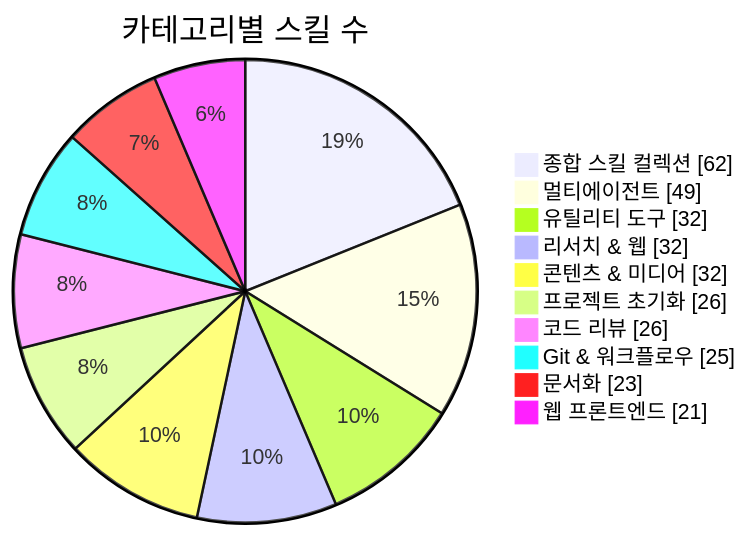
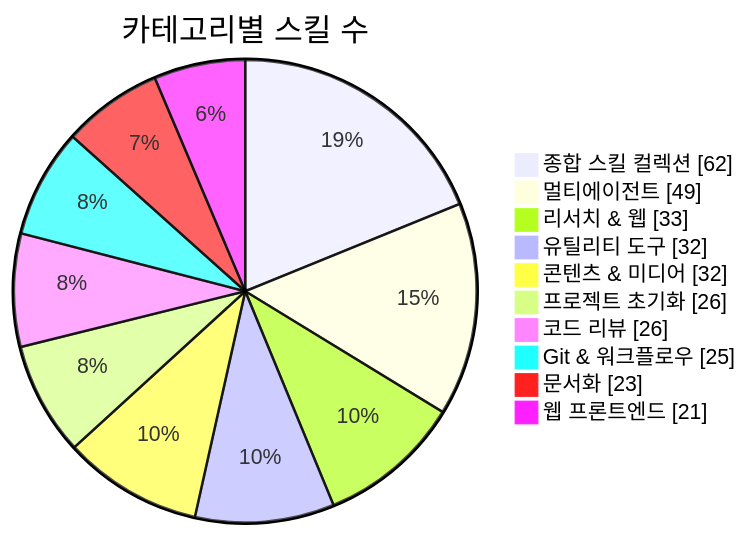
Before and after one commit to J-nowcow/awesome-korean-agent-skills: the first of 3 diagrams in README.md, drawn with Mermaid. The commit also changed other lines of this file and 28 other files, not shown here.

````diff
--- a/README.md
+++ b/README.md
@@ -176,14 +176,14 @@
 ```mermaid
 pie showData
     title 카테고리별 스킬 수
     "종합 스킬 컬렉션" : 62
     "멀티에이전트" : 49
+    "리서치 & 웹" : 33
     "유틸리티 도구" : 32
-    "리서치 & 웹" : 32
     "콘텐츠 & 미디어" : 32
     "프로젝트 초기화" : 26
     "코드 리뷰" : 26
     "Git & 워크플로우" : 25
     "문서화" : 23
     "웹 프론트엔드" : 21
 ```
````
